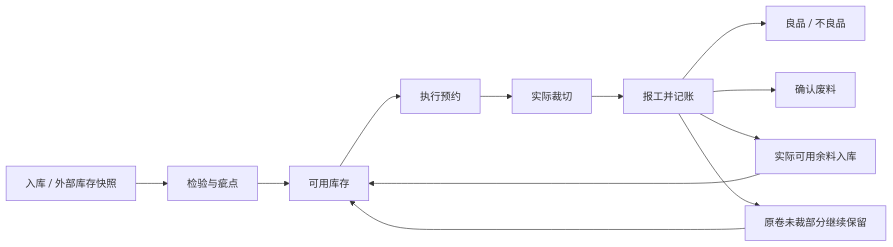
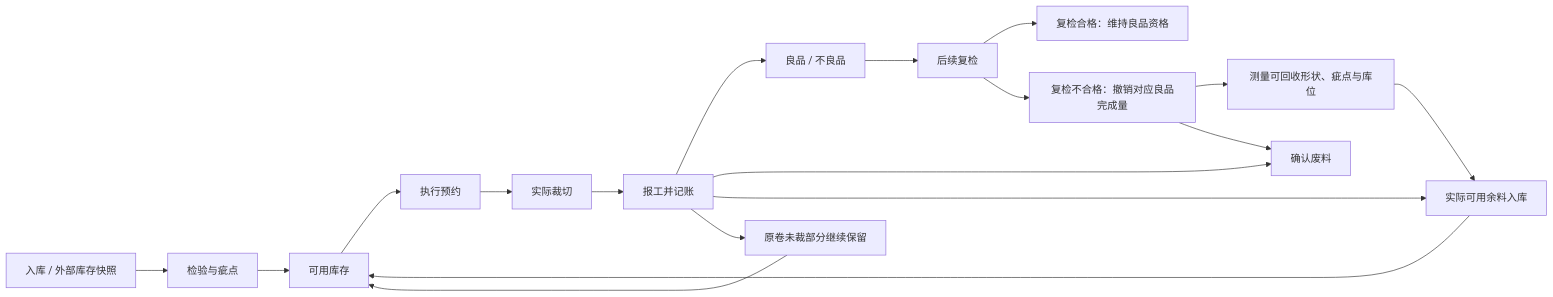
The second of 2 diagrams in docs/搭切平台模块化与业务管理设计方案.md (ATmoos985/CurDemoTwo), drawn with Mermaid before and after one commit. The commit also changed other lines of this file and 216 other files, not shown here.

````diff
--- a/docs/搭切平台模块化与业务管理设计方案.md
+++ b/docs/搭切平台模块化与业务管理设计方案.md
@@ -408,14 +409,20 @@
 ```mermaid
 flowchart LR
     IN["入库 / 外部库存快照"] --> QC["检验与疵点"]
     QC --> AVAILABLE["可用库存"]
     AVAILABLE --> RESERVED["执行预约"]
     RESERVED --> USE["实际裁切"]
     USE --> REPORT["报工并记账"]
     REPORT --> PRODUCT["良品 / 不良品"]
+    PRODUCT --> RECHECK["后续复检"]
+    RECHECK --> PASS["复检合格：维持良品资格"]
+    RECHECK --> FAIL["复检不合格：撤销对应良品完成量"]
+    FAIL --> RECOVER["测量可回收形状、疵点与库位"]
+    RECOVER --> REMNANT
+    FAIL --> SCRAP
     REPORT --> SCRAP["确认废料"]
     REPORT --> REMNANT["实际可用余料入库"]
     REPORT --> TAIL["原卷未裁部分继续保留"]
     REMNANT --> AVAILABLE
     TAIL --> AVAILABLE
 ```
````
